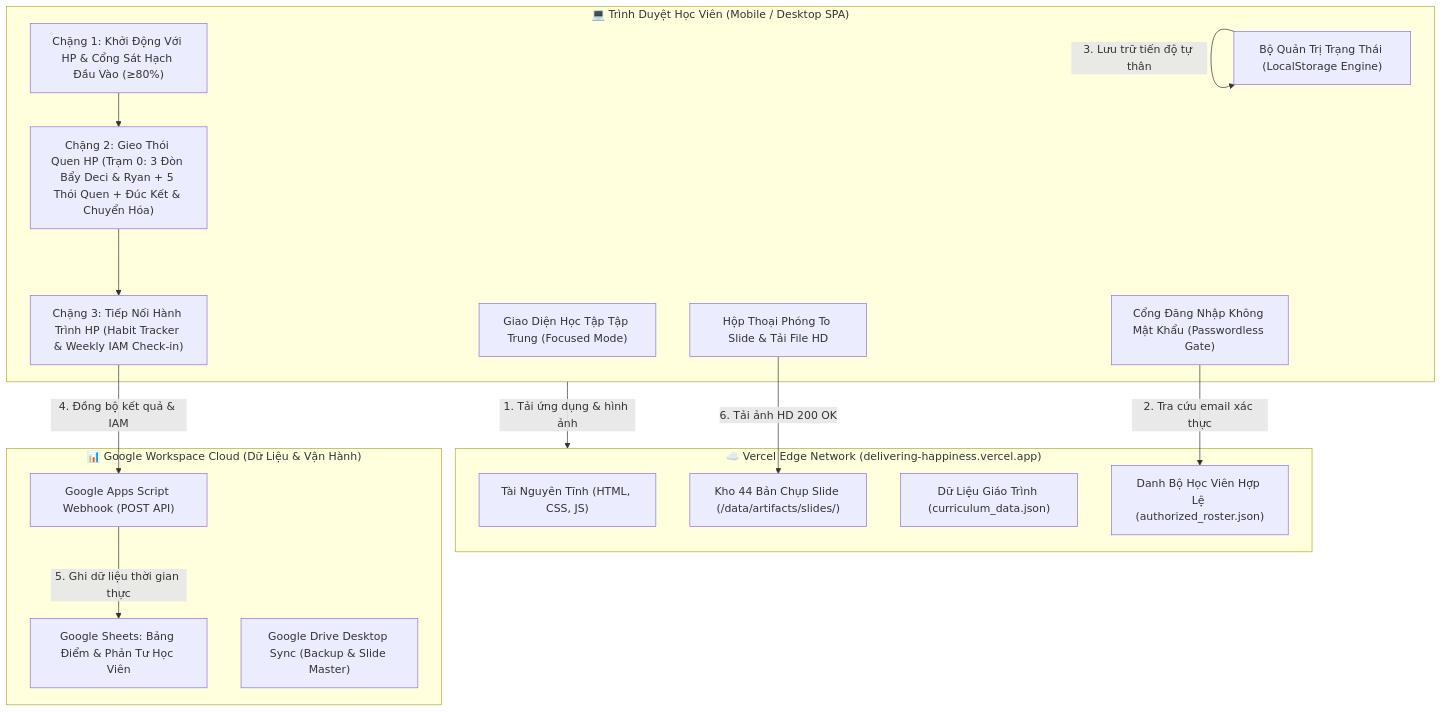
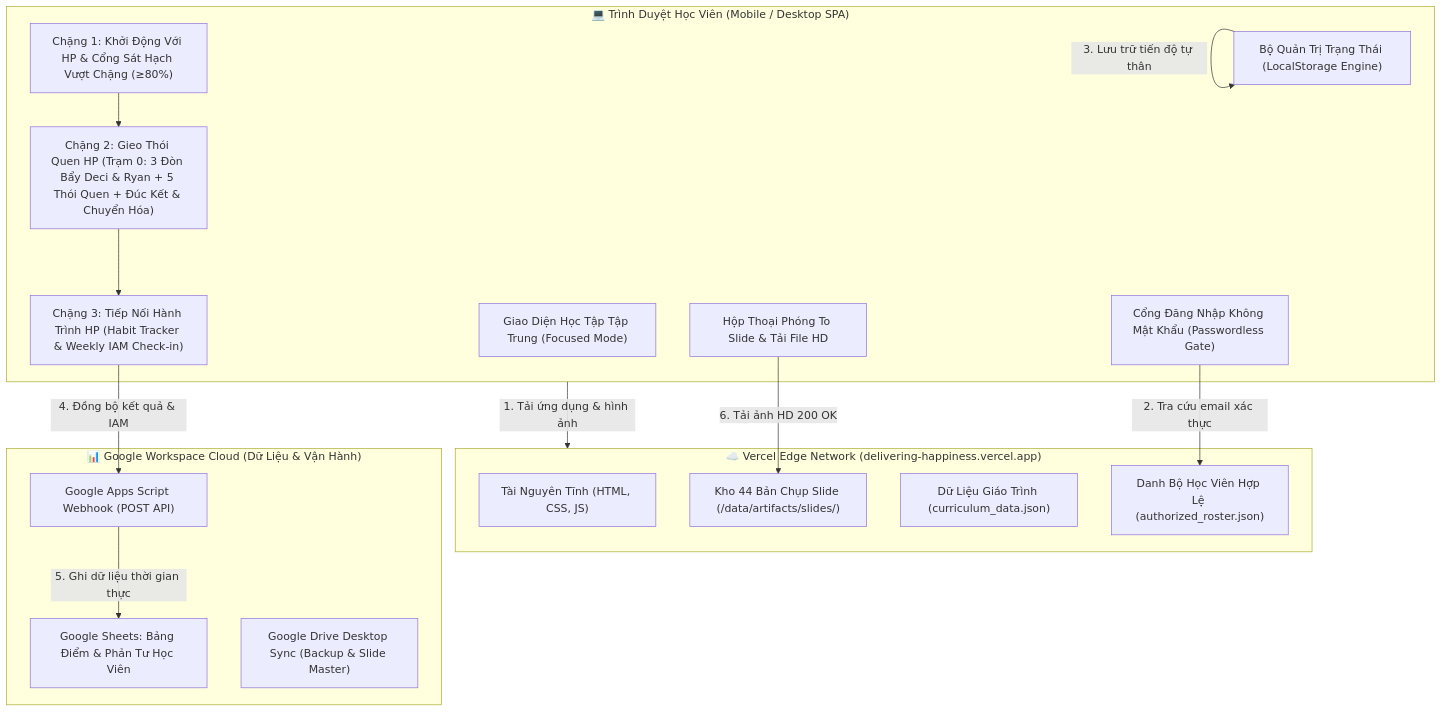
The first of 6 diagrams in docs/system-architecture.md (culturecodefeedforward/DeliveringHappiness), drawn with Mermaid before and after one commit. The commit also changed other lines of this file and 29 other files, not shown here.

````diff
--- a/docs/system-architecture.md
+++ b/docs/system-architecture.md
@@ -14,33 +14,33 @@
 ```mermaid
 graph TD
     subgraph Client["💻 Trình Duyệt Học Viên (Mobile / Desktop SPA)"]
         UI["Giao Diện Học Tập Tập Trung (Focused Mode)"]
         AuthModal["Cổng Đăng Nhập Không Mật Khẩu (Passwordless Gate)"]
         StateEngine["Bộ Quản Trị Trạng Thái (LocalStorage Engine)"]
-        S1["Chặng 1: Khởi Động Với HP & Cổng Sát Hạch Đầu Vào (≥80%)"]
+        S1["Chặng 1: Khởi Động Với HP & Cổng Sát Hạch Vượt Chặng (≥80%)"]
         S2["Chặng 2: Gieo Thói Quen HP (Trạm 0: 3 Đòn Bẩy Deci & Ryan + 5 Thói Quen + Đúc Kết & Chuyển Hóa)"]
         S3["Chặng 3: Tiếp Nối Hành Trình HP (Habit Tracker & Weekly IAM Check-in)"]
         SlideViewer["Hộp Thoại Phóng To Slide & Tải File HD"]
     end
 
     subgraph CDN["☁️ Vercel Edge Network (delivering-happiness.vercel.app)"]
         StaticAssets["Tài Nguyên Tĩnh (HTML, CSS, JS)"]
         SlideImages["Kho 44 Bản Chụp Slide (/data/artifacts/slides/)"]
         DataConfig["Dữ Liệu Giáo Trình (curriculum_data.json)"]
         RosterConfig["Danh Bộ Học Viên Hợp Lệ (authorized_roster.json)"]
     end
 
     subgraph Backend["📊 Google Workspace Cloud (Dữ Liệu & Vận Hành)"]
         GAS["Google Apps Script Webhook (POST API)"]
         GSheets["Google Sheets: Bảng Điểm & Phản Tư Học Viên"]
         DriveSync["Google Drive Desktop Sync (Backup & Slide Master)"]
     end
 
     Client -->|1. Tải ứng dụng & hình ảnh| CDN
     AuthModal -->|2. Tra cứu email xác thực| RosterConfig
     StateEngine -->|3. Lưu trữ tiến độ tự thân| StateEngine
     S1 --> S2 --> S3
     S3 -->|4. Đồng bộ kết quả & IAM| GAS
     GAS -->|5. Ghi dữ liệu thời gian thực| GSheets
     SlideViewer -->|6. Tải ảnh HD 200 OK| SlideImages
 ```
````
